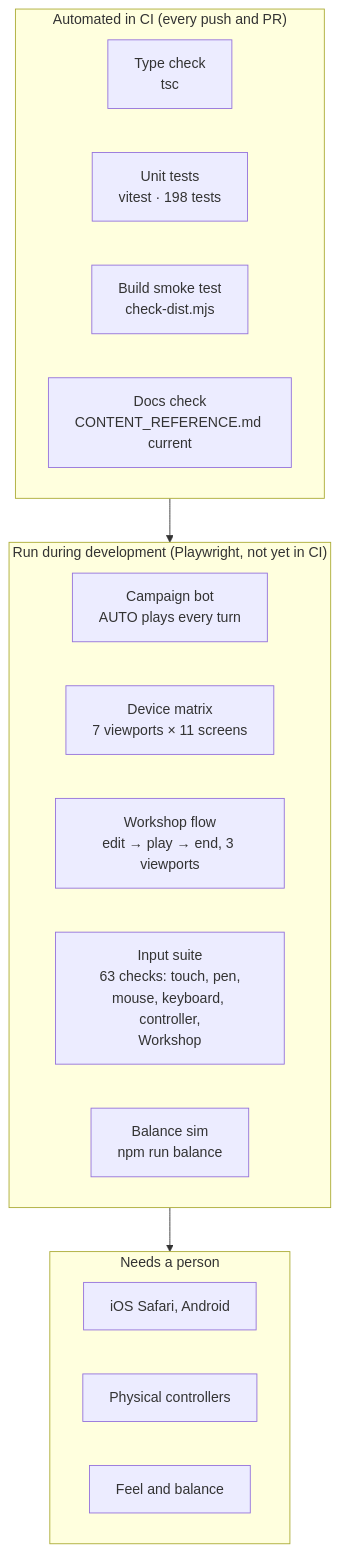
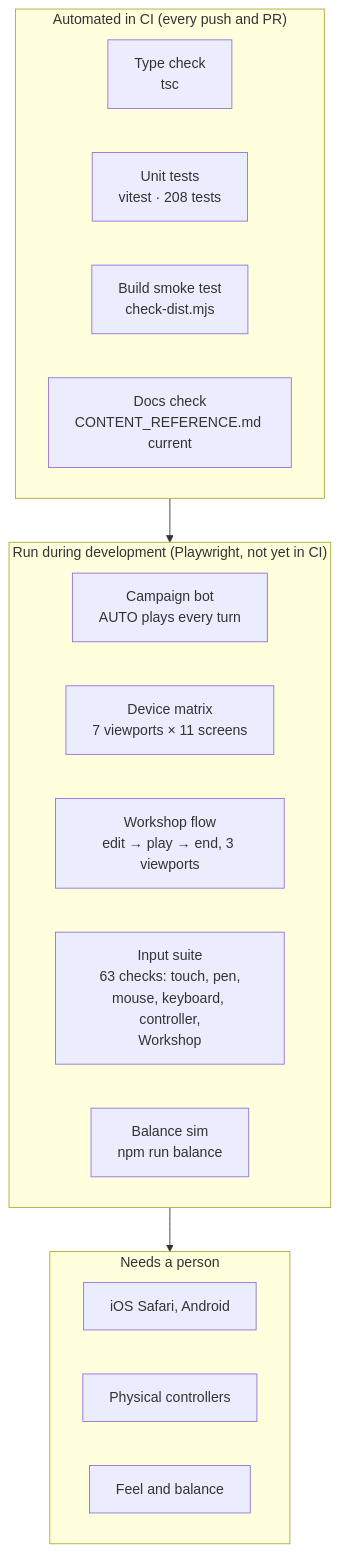
The diagram in docs/TESTING.md (CptNope/Chess-RPG-Tactics), drawn with Mermaid before and after one commit. The commit also changed other lines of this file and 27 other files, not shown here.

````diff
--- a/docs/TESTING.md
+++ b/docs/TESTING.md
@@ -9,22 +9,22 @@
 ```mermaid
 flowchart TB
     subgraph Auto["Automated in CI (every push and PR)"]
         T1["Type check<br/>tsc"]
-        T2["Unit tests<br/>vitest · 198 tests"]
+        T2["Unit tests<br/>vitest · 208 tests"]
         T3["Build smoke test<br/>check-dist.mjs"]
         T4["Docs check<br/>CONTENT_REFERENCE.md current"]
     end
     subgraph Dev["Run during development (Playwright, not yet in CI)"]
         P1["Campaign bot<br/>AUTO plays every turn"]
         P2["Device matrix<br/>7 viewports × 11 screens"]
         P4["Workshop flow<br/>edit → play → end, 3 viewports"]
         P3["Input suite<br/>63 checks: touch, pen,<br/>mouse, keyboard, controller,<br/>Workshop"]
         P5["Balance sim<br/>npm run balance"]
     end
     subgraph Human["Needs a person"]
         H1["iOS Safari, Android"]
         H2["Physical controllers"]
         H3["Feel and balance"]
     end
     Auto --> Dev --> Human
 ```
````
